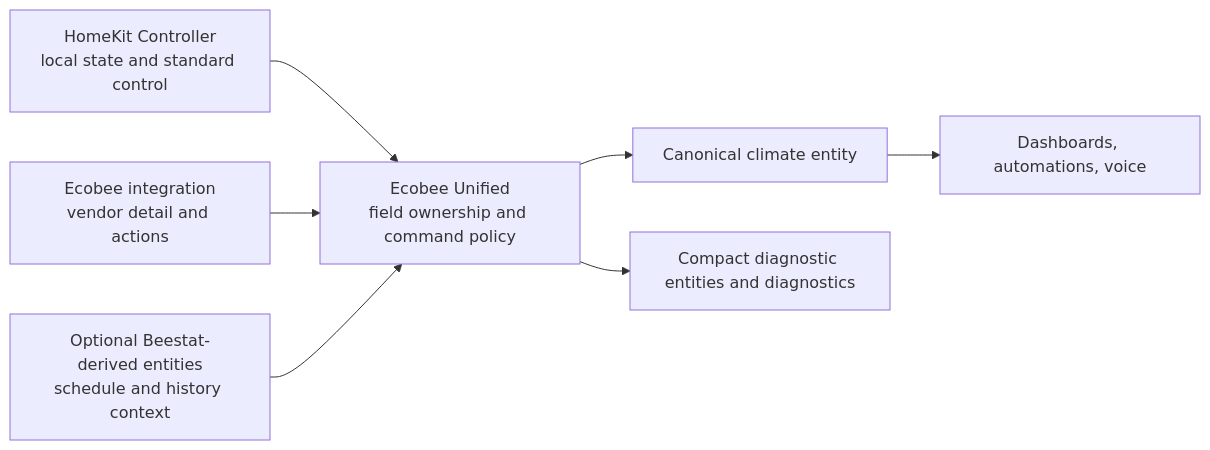
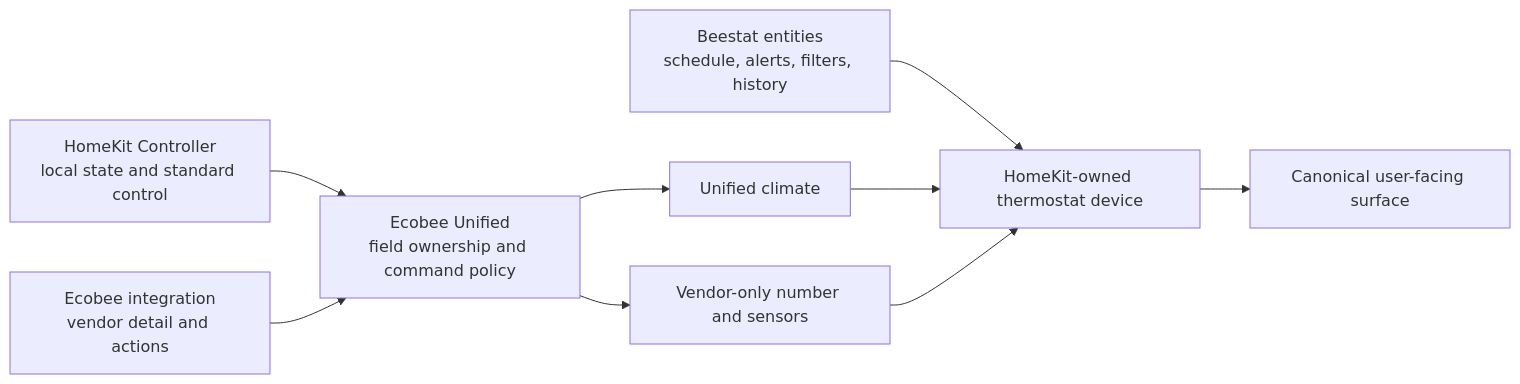
One commit to ItsColby/ecobee-unified changed the diagram in docs/architecture.md. Above: the diagram before and after it, drawn with Mermaid. The commit also changed other lines of this file and 27 other files, not shown here.

Commit message:
Converge canonical Ecobee thermostat surface

````diff
--- a/docs/architecture.md
+++ b/docs/architecture.md
@@ -11,9 +12,11 @@
 ```mermaid
 flowchart LR
     HK["HomeKit Controller\nlocal state and standard control"] --> U["Ecobee Unified\nfield ownership and command policy"]
     EC["Ecobee integration\nvendor detail and actions"] --> U
-    BS["Optional Beestat-derived entities\nschedule and history context"] --> U
-    U --> C["Canonical climate entity"]
-    U --> D["Compact diagnostic entities and diagnostics"]
-    C --> X["Dashboards, automations, voice"]
+    BS["Beestat entities\nschedule, alerts, filters, history"] --> P["HomeKit-owned thermostat device"]
+    U --> C["Unified climate"]
+    U --> S["Vendor-only number and sensors"]
+    C --> P
+    S --> P
+    P --> X["Canonical user-facing surface"]
 ```
````
